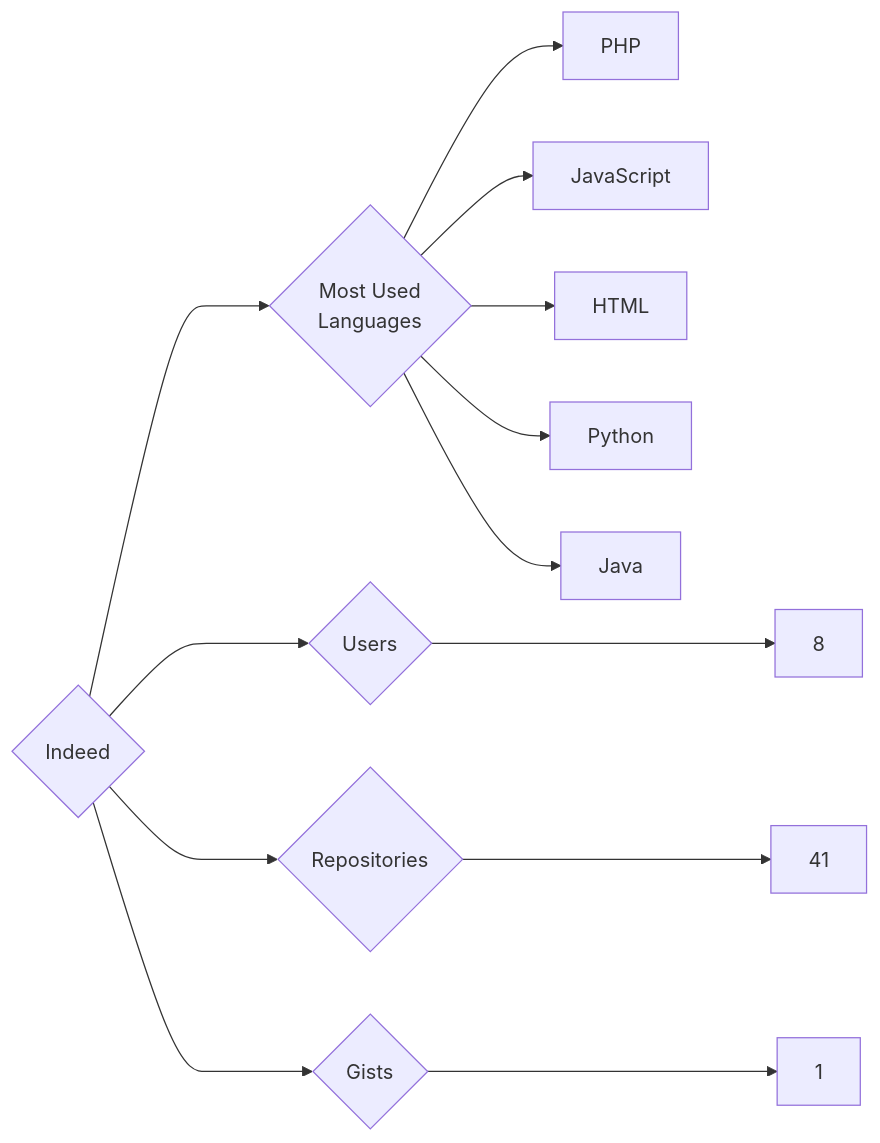
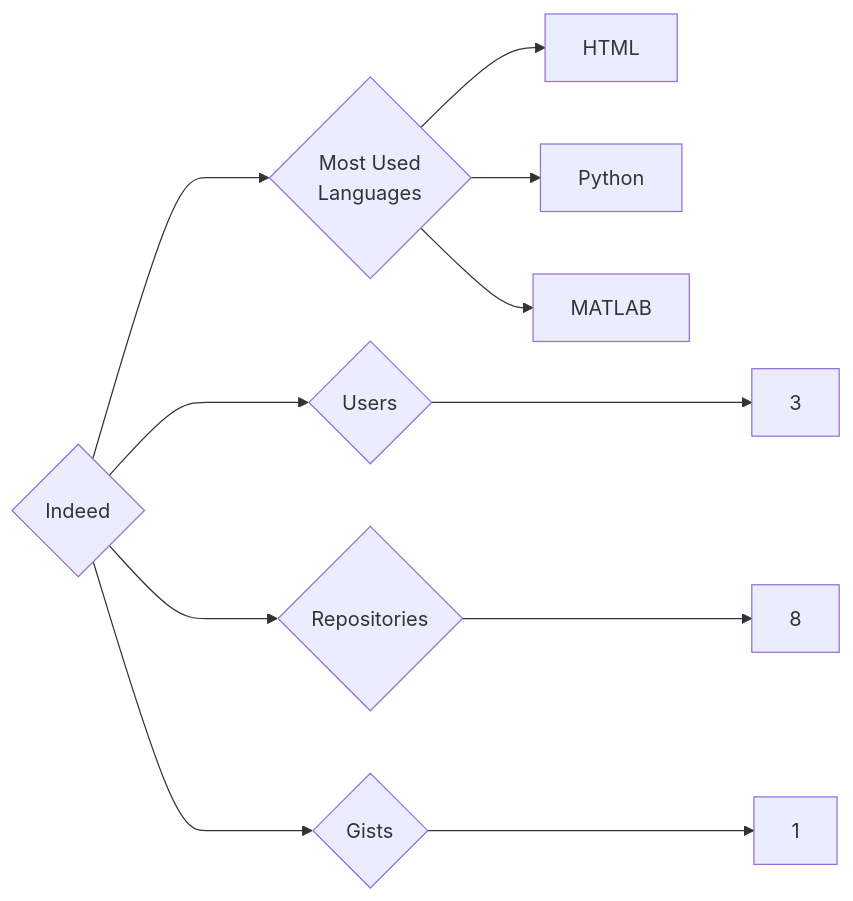
The diagram in targets/Indeed/README.md (trickest/insiders), drawn with Mermaid before and after one commit. The commit also changed 933 other files, not shown here.

````diff
--- a/targets/Indeed/README.md
+++ b/targets/Indeed/README.md
@@ -3,13 +3,11 @@
 ```mermaid
 graph LR
 COMPANY_NAME{Indeed}
-COMPANY_NAME ---> U{Users} ---> UN[8]
-COMPANY_NAME ---> R{Repositories} ---> RN[41]
+COMPANY_NAME ---> U{Users} ---> UN[3]
+COMPANY_NAME ---> R{Repositories} ---> RN[8]
 COMPANY_NAME ---> G{Gists} ---> GN[1]
 COMPANY_NAME ---> ML{Most Used<br>Languages}
-ML --> PHP[PHP]
-ML --> JavaScript[JavaScript]
 ML --> HTML[HTML]
 ML --> Python[Python]
-ML --> Java[Java]
+ML --> MATLAB[MATLAB]
 ```
````
